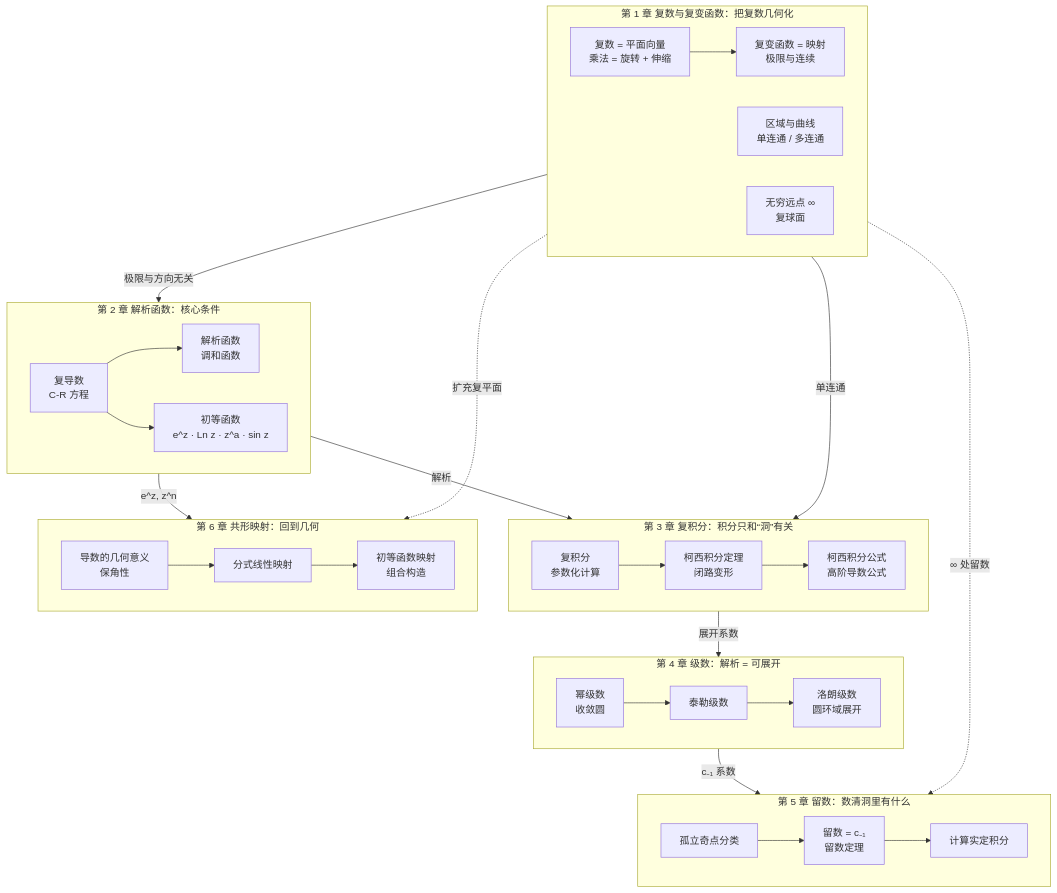
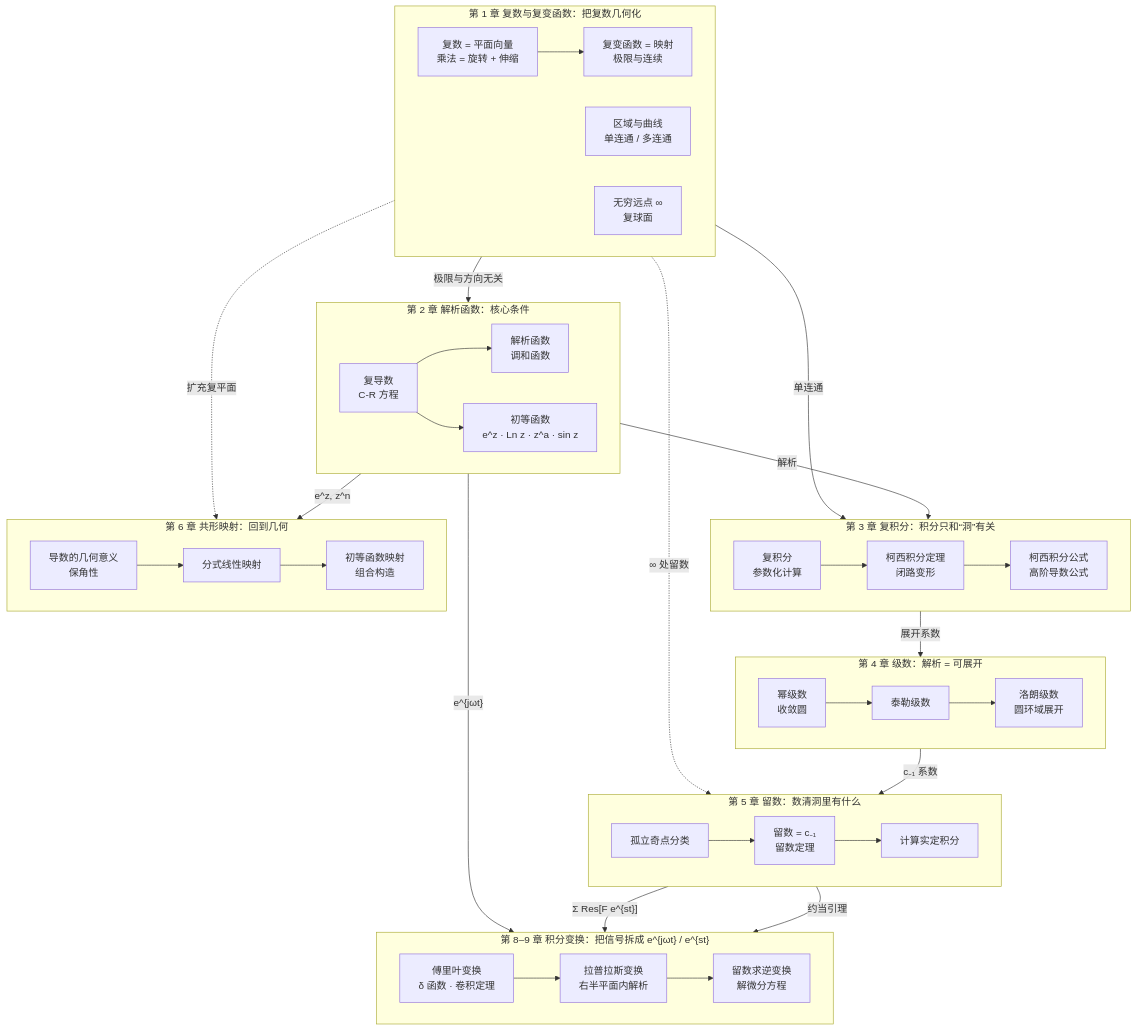
The diagram in docs/index.md (cockroach-f/complex-functions), drawn with Mermaid before and after one commit. The commit also changed other lines of this file and 6 other files, not shown here.

````diff
--- a/docs/index.md
+++ b/docs/index.md
@@ -19,38 +20,45 @@
 ```mermaid
 flowchart TB
     subgraph C1["第 1 章 复数与复变函数：把复数几何化"]
         direction LR
         A1["复数 = 平面向量<br/>乘法 = 旋转 + 伸缩"] --> A3["复变函数 = 映射<br/>极限与连续"]
         A2["区域与曲线<br/>单连通 / 多连通"]
         A4["无穷远点 ∞<br/>复球面"]
     end
     subgraph C2["第 2 章 解析函数：核心条件"]
         direction LR
         B1["复导数<br/>C-R 方程"] --> B2["解析函数<br/>调和函数"]
         B1 --> B3["初等函数<br/>e^z · Ln z · z^a · sin z"]
     end
     subgraph C3["第 3 章 复积分：积分只和“洞”有关"]
         direction LR
         D1["复积分<br/>参数化计算"] --> D2["柯西积分定理<br/>闭路变形"] --> D3["柯西积分公式<br/>高阶导数公式"]
     end
     subgraph C4["第 4 章 级数：解析 = 可展开"]
         direction LR
         E1["幂级数<br/>收敛圆"] --> E2["泰勒级数"] --> E3["洛朗级数<br/>圆环域展开"]
     end
     subgraph C5["第 5 章 留数：数清洞里有什么"]
         direction LR
         F1["孤立奇点分类"] --> F2["留数 = c₋₁<br/>留数定理"] --> F3["计算实定积分"]
     end
     subgraph C6["第 6 章 共形映射：回到几何"]
         direction LR
         G1["导数的几何意义<br/>保角性"] --> G2["分式线性映射"] --> G3["初等函数映射<br/>组合构造"]
     end
     A3 -- "极限与方向无关" --> B1
     A2 -- "单连通" --> D2
     B1 -- "解析" --> D2
     D3 -- "展开系数" --> E2
     E3 -- "c₋₁ 系数" --> F2
     A4 -. "∞ 处留数" .-> F2
     A4 -. "扩充复平面" .-> G2
     B3 -- "e^z, z^n" --> G3
+    subgraph C8["第 8–9 章 积分变换：把信号拆成 e^{jωt} / e^{st}"]
+        direction LR
+        H1["傅里叶变换<br/>δ 函数 · 卷积定理"] --> H2["拉普拉斯变换<br/>右半平面内解析"] --> H3["留数求逆变换<br/>解微分方程"]
+    end
+    B3 -- "e^{jωt}" --> H1
+    F3 -- "约当引理" --> H1
+    F2 -- "Σ Res[F e^{st}]" --> H3
 ```
````
